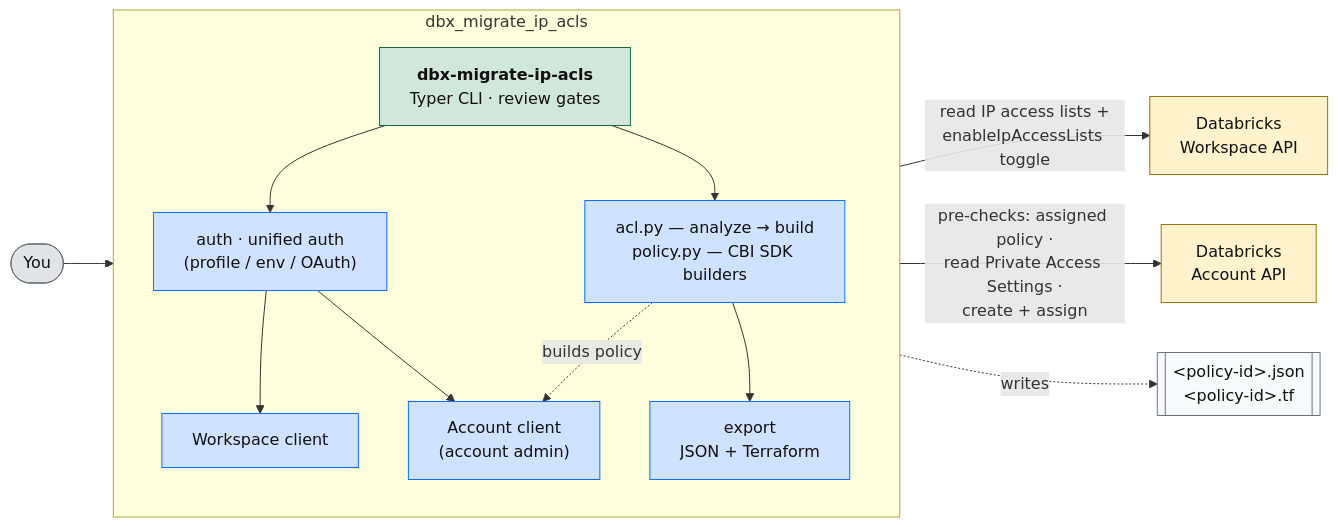
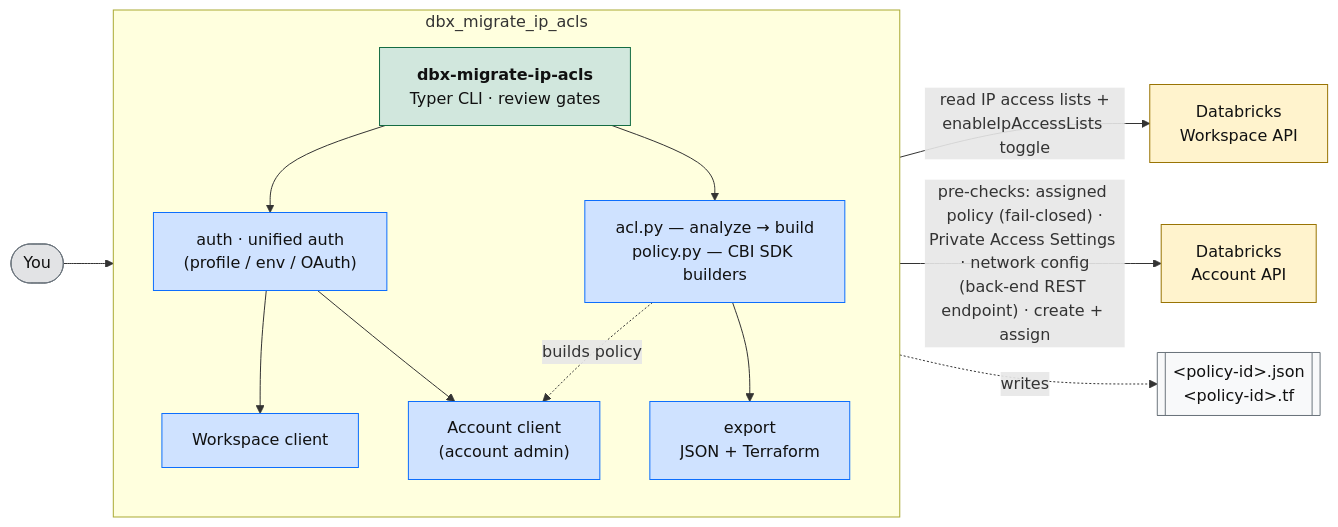
The first of 2 diagrams in README.md (databrickslabs/migrate-ip-acls), drawn with Mermaid before and after one commit. The commit also changed other lines of this file and 11 other files, not shown here.

First line of the commit message:
Migrate no-PAS as deny-all private, inherit existing policy mode, REST-only back-end rule; cleanups (#22)

````diff
--- a/README.md
+++ b/README.md
@@ -51,29 +51,29 @@
 ```mermaid
 flowchart LR
     U(["You"]) --> CLI["<b>dbx-migrate-ip-acls</b><br/>Typer CLI · review gates"]
 
     subgraph TOOL["dbx_migrate_ip_acls"]
         direction TB
         CLI --> AUTH["auth · unified auth<br/>(profile / env / OAuth)"]
         AUTH --> WSC["Workspace client"]
         AUTH --> ACC["Account client<br/>(account admin)"]
         CLI --> ENG["acl.py — analyze → build<br/>policy.py — CBI SDK builders"]
         ENG --> EXP["export<br/>JSON + Terraform"]
     end
 
     WSC -->|"read IP access lists +<br/>enableIpAccessLists toggle"| WAPI["Databricks<br/>Workspace API"]
     ENG -. builds policy .-> ACC
-    ACC -->|"pre-checks: assigned policy ·<br/>read Private Access Settings ·<br/>create + assign"| AAPI["Databricks<br/>Account API"]
+    ACC -->|"pre-checks: assigned policy (fail-closed) ·<br/>Private Access Settings · network config<br/>(back-end REST endpoint) · create + assign"| AAPI["Databricks<br/>Account API"]
     EXP -. writes .-> FILES[["&lt;policy-id&gt;.json<br/>&lt;policy-id&gt;.tf"]]
 
     classDef you fill:#e2e3e5,stroke:#6c757d,color:#111
     classDef cli fill:#d1e7dd,stroke:#146c43,color:#111
     classDef comp fill:#cfe2ff,stroke:#0d6efd,color:#111
     classDef ext fill:#fff3cd,stroke:#997404,color:#111
     classDef file fill:#f8f9fa,stroke:#6c757d,color:#111
     class U you
     class CLI cli
     class AUTH,WSC,ACC,ENG,EXP comp
     class WAPI,AAPI ext
     class FILES file
 ```
````
